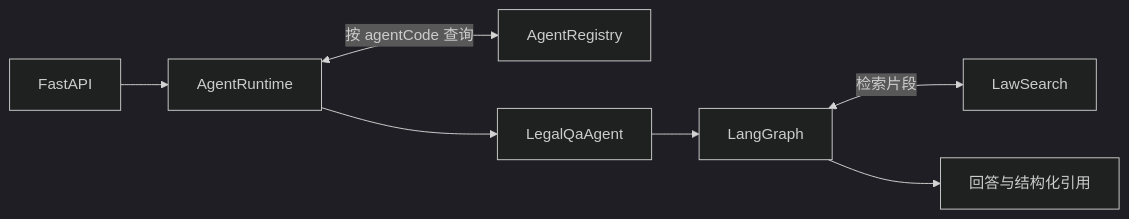
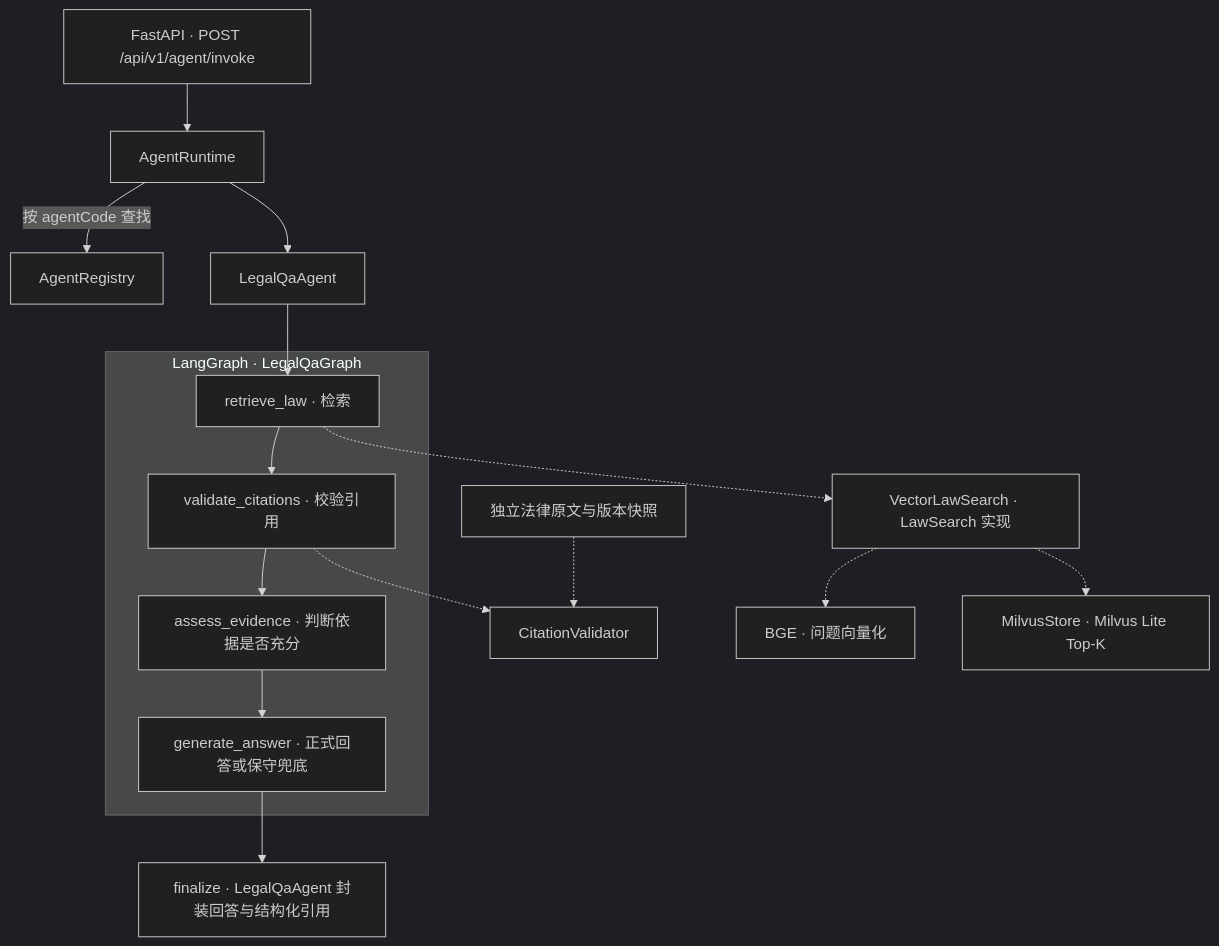
One commit to xucd666/LexNexus changed the diagram in README.md. Above: the diagram before and after it, drawn with Mermaid (dark theme). The commit also changed other lines of this file and 7 other files, not shown here.

Commit message:
feat(ai-service): improve legal evidence validation and documentation

````diff
--- a/README.md
+++ b/README.md
@@ -42,9 +15,20 @@
 ```mermaid
-flowchart LR
-    API["FastAPI"] --> Runtime["AgentRuntime"]
-    Runtime <-->|"按 agentCode 查询"| Registry["AgentRegistry"]
+flowchart TD
+    API["FastAPI · POST /api/v1/agent/invoke"] --> Runtime["AgentRuntime"]
+    Runtime -->|"按 agentCode 查找"| Registry["AgentRegistry"]
     Runtime --> Agent["LegalQaAgent"]
-    Agent --> Graph["LangGraph"]
-    Graph <-->|"检索片段"| Search["LawSearch"]
-    Graph --> Answer["回答与结构化引用"]
+    Agent --> Retrieve
+    subgraph Workflow ["LangGraph · LegalQaGraph"]
+        Retrieve["retrieve_law · 检索"]
+        Validate["validate_citations · 校验引用"]
+        Assess["assess_evidence · 判断依据是否充分"]
+        Generate["generate_answer · 正式回答或保守兜底"]
+        Retrieve --> Validate --> Assess --> Generate
+    end
+    Retrieve -.-> Search["VectorLawSearch · LawSearch 实现"]
+    Search -.-> BGE["BGE · 问题向量化"]
+    Search -.-> Store["MilvusStore · Milvus Lite Top-K"]
+    Validate -.-> Validator["CitationValidator"]
+    Snapshot["独立法律原文与版本快照"] -.-> Validator
+    Generate --> Finalize["finalize · LegalQaAgent 封装回答与结构化引用"]
 ```
````
